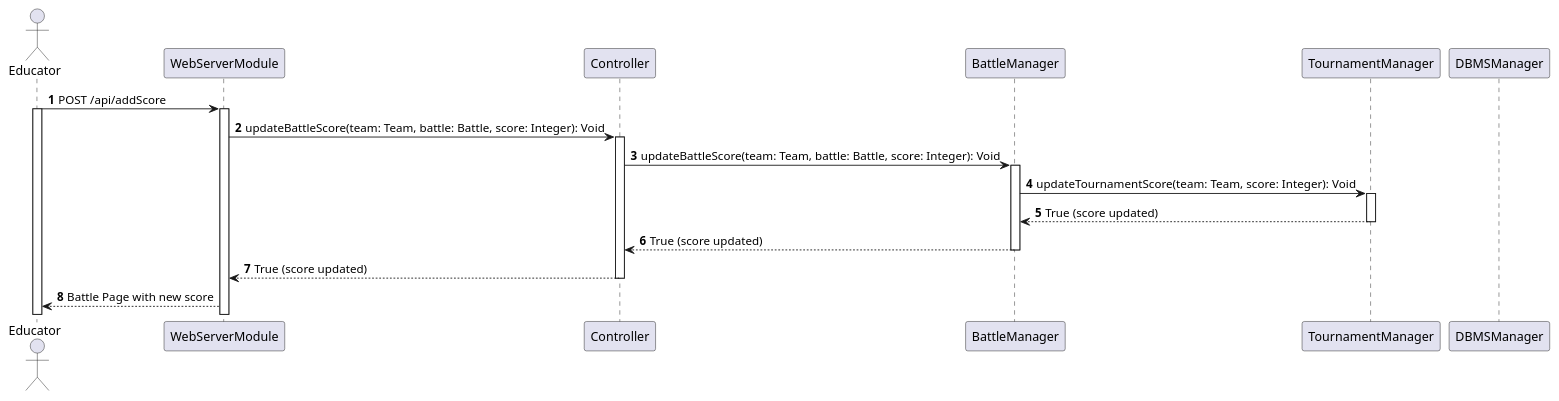
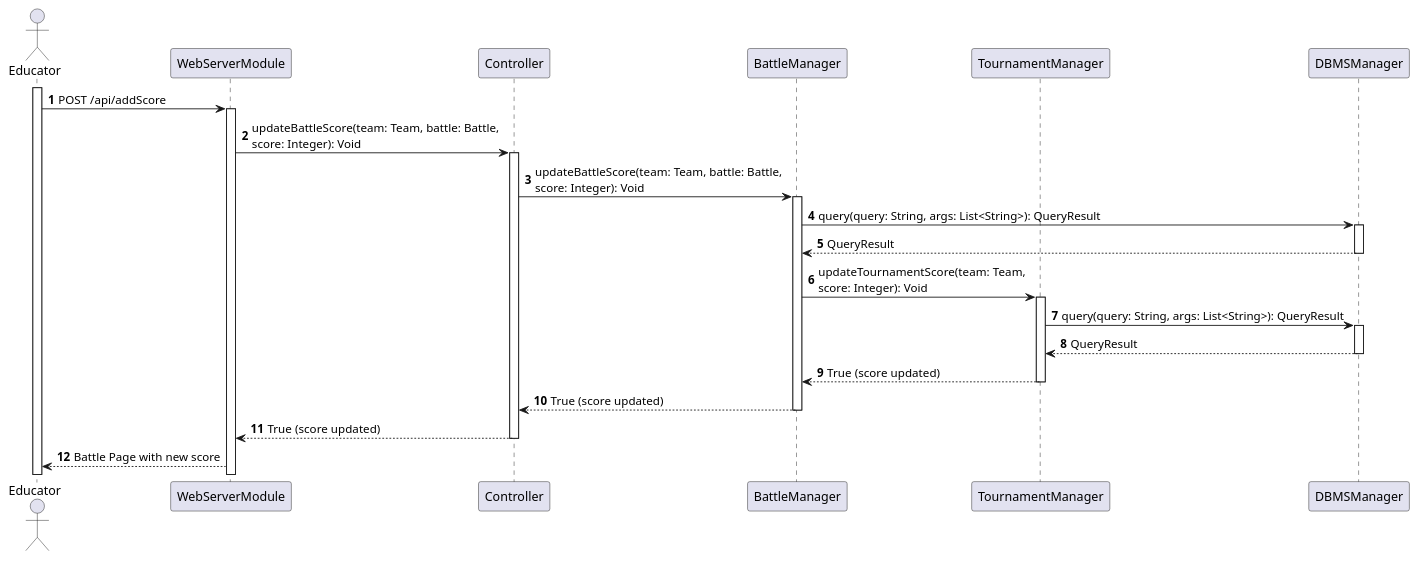
The diagram in _DD/Images/sequenceDiagrams/updateTournamentScoreEducator.wsd (Angelo7672/SE2_Requirement-and-Design-Document), drawn with PlantUML before and after one commit. The commit also changed 1 other file, not shown here.

Commit message:
sequence fix

```diff
--- a/_DD/Images/sequenceDiagrams/updateTournamentScoreEducator.wsd
+++ b/_DD/Images/sequenceDiagrams/updateTournamentScoreEducator.wsd
@@ -1,29 +1,37 @@
 @startuml
 
 autonumber
 
 actor Educator as U
 participant WebServerModule as WS
 participant Controller as C
 participant BattleManager as BM
 participant TournamentManager as TM
 participant DBMSManager as DBMS
 
+activate U
 U->WS: POST /api/addScore
-activate U
 activate WS
-WS->C: updateBattleScore(team: Team, battle: Battle, score: Integer): Void
+WS->C: updateBattleScore(team: Team, battle: Battle,\nscore: Integer): Void
 activate C
-C->BM: updateBattleScore(team: Team, battle: Battle, score: Integer): Void
+C->BM: updateBattleScore(team: Team, battle: Battle,\nscore: Integer): Void
 activate BM
-BM->TM: updateTournamentScore(team: Team, score: Integer): Void
+BM->DBMS: query(query: String, args: List<String>): QueryResult
+activate DBMS
+DBMS-->BM: QueryResult
+deactivate DBMS
+BM->TM: updateTournamentScore(team: Team,\nscore: Integer): Void
 activate TM
+TM->DBMS: query(query: String, args: List<String>): QueryResult
+activate DBMS
+DBMS-->TM: QueryResult
+deactivate DBMS
 TM-->BM: True (score updated)
 deactivate TM
 BM-->C: True (score updated)
 deactivate BM
 C-->WS: True (score updated)
 deactivate C
 WS-->U: Battle Page with new score
 
 @enduml
```
